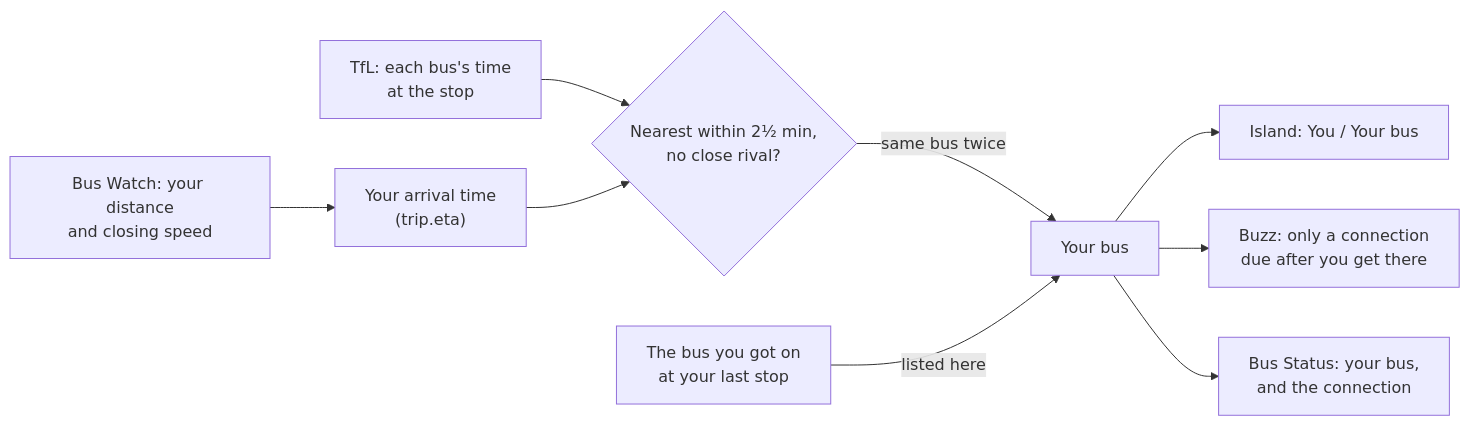
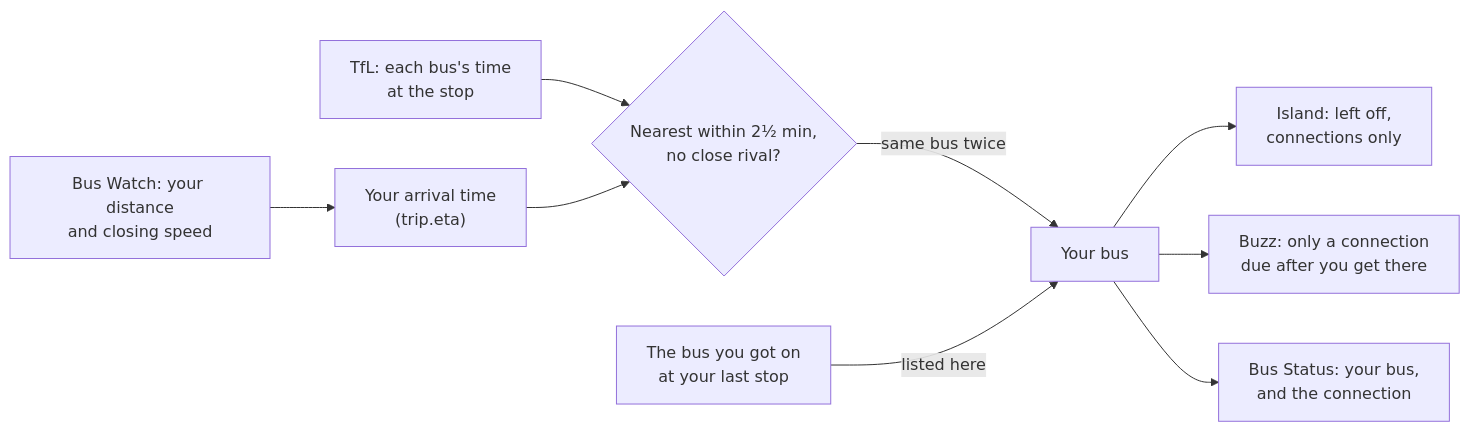
The fourth of 4 diagrams in README.md (Pixxel123/bus-countdown), drawn with Mermaid before and after one commit. The commit also changed other lines of this file and 8 other files, not shown here.

Commit message:
V4.30: leave your bus off the island while riding

````diff
--- a/README.md
+++ b/README.md
@@ -284,11 +284,11 @@
 ```mermaid
 flowchart LR
     w["Bus Watch: your distance<br/>and closing speed"] --> eta["Your arrival time<br/>(trip.eta)"]
     t["TfL: each bus's time<br/>at the stop"] --> cmp{"Nearest within 2½ min,<br/>no close rival?"}
     eta --> cmp
     cmp -->|"same bus twice"| yours["Your bus"]
     b["The bus you got on<br/>at your last stop"] -->|"listed here"| yours
-    yours --> island["Island: You / Your bus"]
+    yours --> island["Island: left off,<br/>connections only"]
     yours --> buzz["Buzz: only a connection<br/>due after you get there"]
     yours --> status["Bus Status: your bus,<br/>and the connection"]
 ```
````
